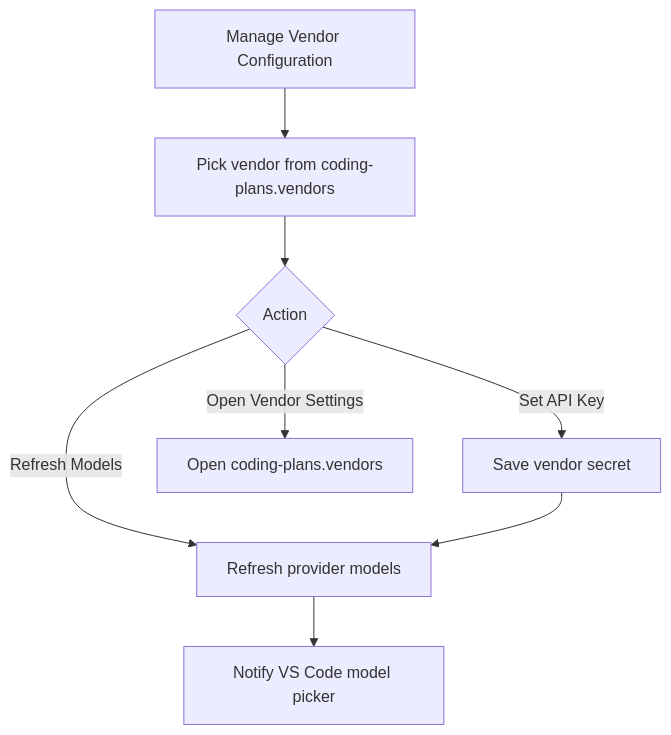
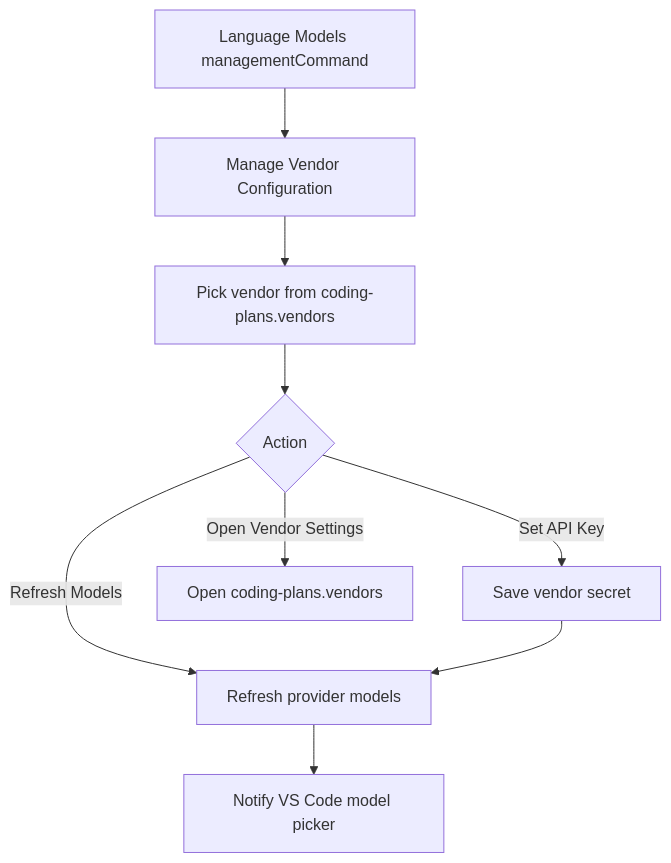
One commit to jqknono/coding-plans-for-copilot changed the diagram in cases/2026-05-12-model-vendor-picker.md. Above: the diagram before and after it, drawn with Mermaid. The commit also changed other lines of this file and 29 other files, not shown here.

````diff
--- a/cases/2026-05-12-model-vendor-picker.md
+++ b/cases/2026-05-12-model-vendor-picker.md
@@ -23,10 +23,11 @@
 ```mermaid
 flowchart TD
-  A[Manage Vendor Configuration] --> B[Pick vendor from coding-plans.vendors]
-  B --> C{Action}
-  C -->|Set API Key| D[Save vendor secret]
-  C -->|Refresh Models| E[Refresh provider models]
-  C -->|Open Vendor Settings| F[Open coding-plans.vendors]
-  D --> E
-  E --> G[Notify VS Code model picker]
+  A[Language Models managementCommand] --> B[Manage Vendor Configuration]
+  B --> C[Pick vendor from coding-plans.vendors]
+  C --> D{Action}
+  D -->|Set API Key| E[Save vendor secret]
+  D -->|Refresh Models| F[Refresh provider models]
+  D -->|Open Vendor Settings| G[Open coding-plans.vendors]
+  E --> F
+  F --> H[Notify VS Code model picker]
 ```
````
